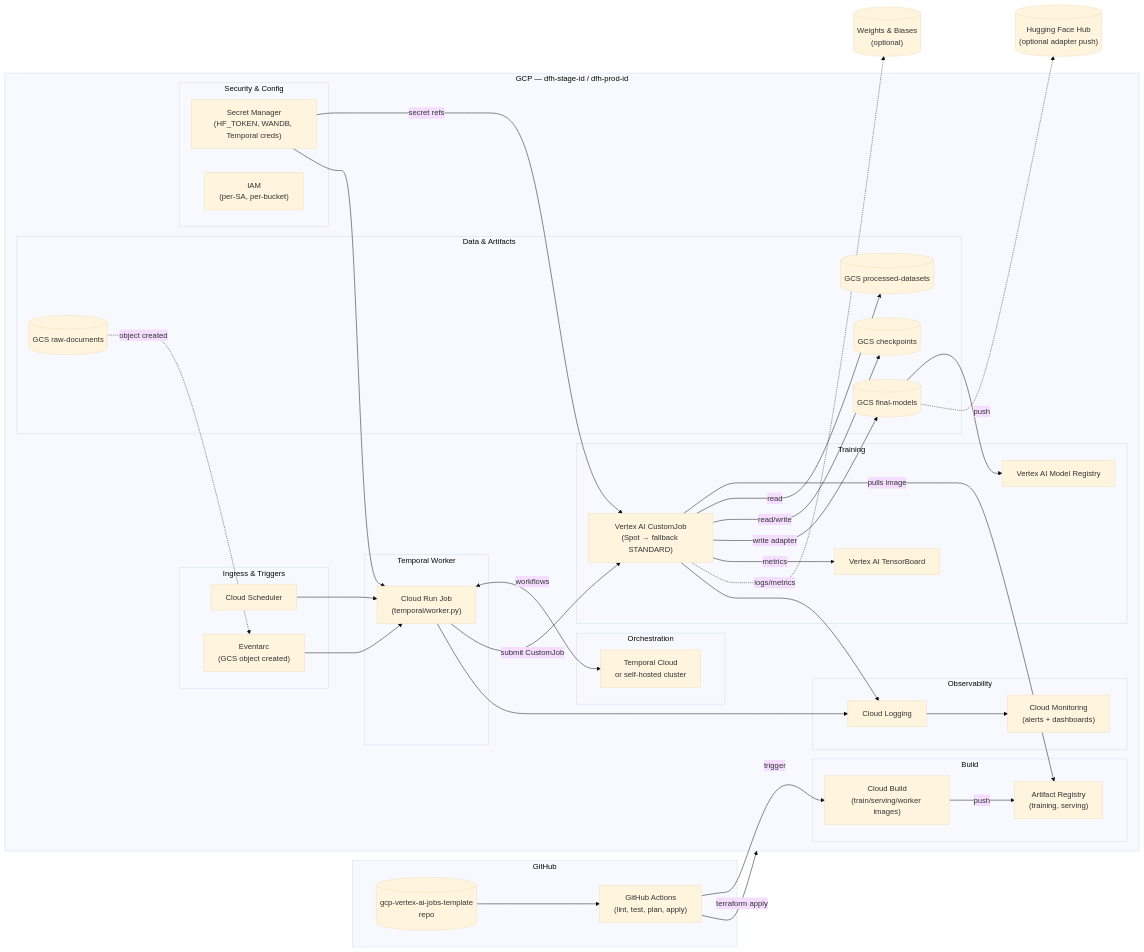
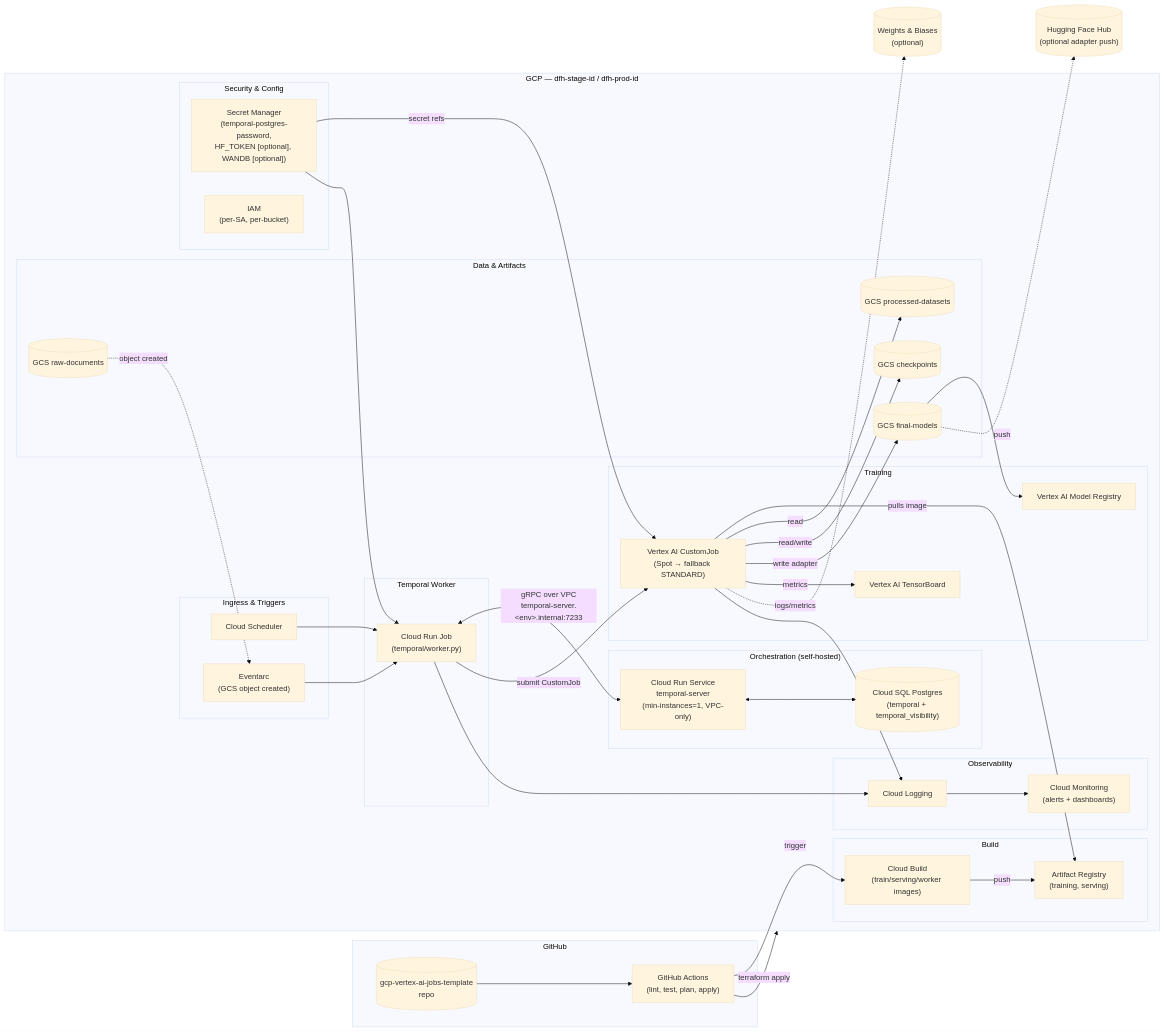
One commit to vpoluyaktov/gcp-vertex-ai-jobs-template changed the first of 3 diagrams in README.md. Above: the diagram before and after it, drawn with Mermaid (base theme). The commit also changed other lines of this file and 1 other file, not shown here.

First line of the commit message:
docs: update architecture with resolved design decisions

````diff
--- a/README.md
+++ b/README.md
@@ -47,76 +49,78 @@
 ```mermaid
 flowchart LR
     subgraph GitHub["GitHub"]
         REPO[("gcp-vertex-ai-jobs-template<br/>repo")]
         GHA["GitHub Actions<br/>(lint, test, plan, apply)"]
     end
 
     subgraph GCP["GCP — dfh-stage-id / dfh-prod-id"]
         subgraph Ingress["Ingress & Triggers"]
             SCHED["Cloud Scheduler"]
             EVENTARC["Eventarc<br/>(GCS object created)"]
         end
 
         subgraph Worker["Temporal Worker"]
             CRJOB["Cloud Run Job<br/>(temporal/worker.py)"]
         end
 
-        subgraph Orchestration["Orchestration"]
-            TEMPORAL["Temporal Cloud<br/>or self-hosted cluster"]
+        subgraph Orchestration["Orchestration (self-hosted)"]
+            TEMPORAL_SVC["Cloud Run Service<br/>temporal-server<br/>(min-instances=1, VPC-only)"]
+            CSQL[("Cloud SQL Postgres<br/>(temporal + temporal_visibility)")]
+            TEMPORAL_SVC <--> CSQL
         end
 
         subgraph CI["Build"]
             CB["Cloud Build<br/>(train/serving/worker images)"]
             AR["Artifact Registry<br/>(training, serving)"]
         end
 
         subgraph Training["Training"]
             VAI["Vertex AI CustomJob<br/>(Spot → fallback STANDARD)"]
             TB["Vertex AI TensorBoard"]
             MR["Vertex AI Model Registry"]
         end
 
         subgraph Data["Data & Artifacts"]
             GCS_RAW[("GCS raw-documents")]
             GCS_PROC[("GCS processed-datasets")]
             GCS_CKPT[("GCS checkpoints")]
             GCS_FINAL[("GCS final-models")]
         end
 
         subgraph Security["Security & Config"]
-            SM["Secret Manager<br/>(HF_TOKEN, WANDB, Temporal creds)"]
+            SM["Secret Manager<br/>(temporal-postgres-password,<br/>HF_TOKEN [optional], WANDB [optional])"]
             IAM["IAM<br/>(per-SA, per-bucket)"]
         end
 
         subgraph Obs["Observability"]
             LOG["Cloud Logging"]
             MON["Cloud Monitoring<br/>(alerts + dashboards)"]
         end
     end
 
     HF[("Hugging Face Hub<br/>(optional adapter push)")]
     WANDB[("Weights & Biases<br/>(optional)")]
 
     REPO --> GHA
     GHA -->|terraform apply| GCP
     GHA -->|trigger| CB
     CB -->|push| AR
     SCHED --> CRJOB
     EVENTARC --> CRJOB
     GCS_RAW -.->|object created| EVENTARC
-    CRJOB <-->|workflows| TEMPORAL
+    CRJOB <-->|gRPC over VPC<br/>temporal-server.&lt;env&gt;.internal:7233| TEMPORAL_SVC
     CRJOB -->|submit CustomJob| VAI
     VAI -->|pulls image| AR
     VAI -->|read| GCS_PROC
     VAI -->|read/write| GCS_CKPT
     VAI -->|write adapter| GCS_FINAL
     VAI -->|metrics| TB
     VAI -.->|logs/metrics| WANDB
     GCS_FINAL --> MR
     GCS_FINAL -.->|push| HF
     SM -->|secret refs| VAI
     SM --> CRJOB
     VAI --> LOG
     CRJOB --> LOG
     LOG --> MON
 ```
````
